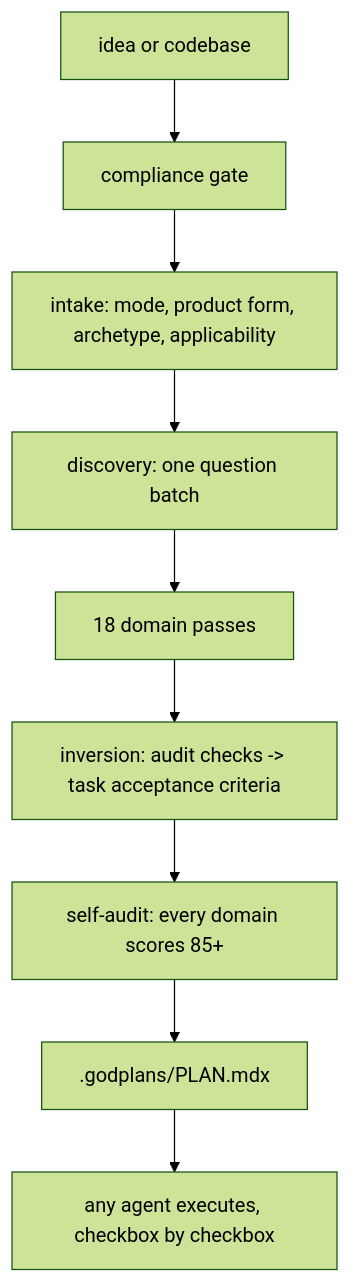
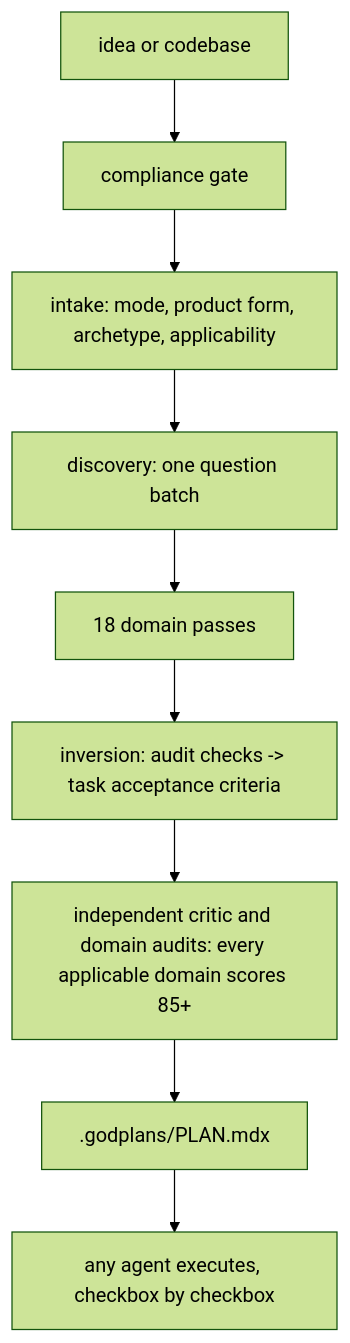
Before and after one commit to aihxp/godplans: the diagram in README.md, drawn with Mermaid (forest theme). The commit also changed other lines of this file and 160 other files, not shown here.

````diff
--- a/README.md
+++ b/README.md
@@ -114,11 +131,11 @@
 ```mermaid
 graph TD
   A[idea or codebase] --> B[compliance gate]
   B --> C[intake: mode, product form, archetype, applicability]
   C --> D[discovery: one question batch]
   D --> E[18 domain passes]
   E --> F[inversion: audit checks -> task acceptance criteria]
-  F --> G[self-audit: every domain scores 85+]
+  F --> G[independent critic and domain audits: every applicable domain scores 85+]
   G --> H[.godplans/PLAN.mdx]
   H --> I[any agent executes, checkbox by checkbox]
 ```
````
